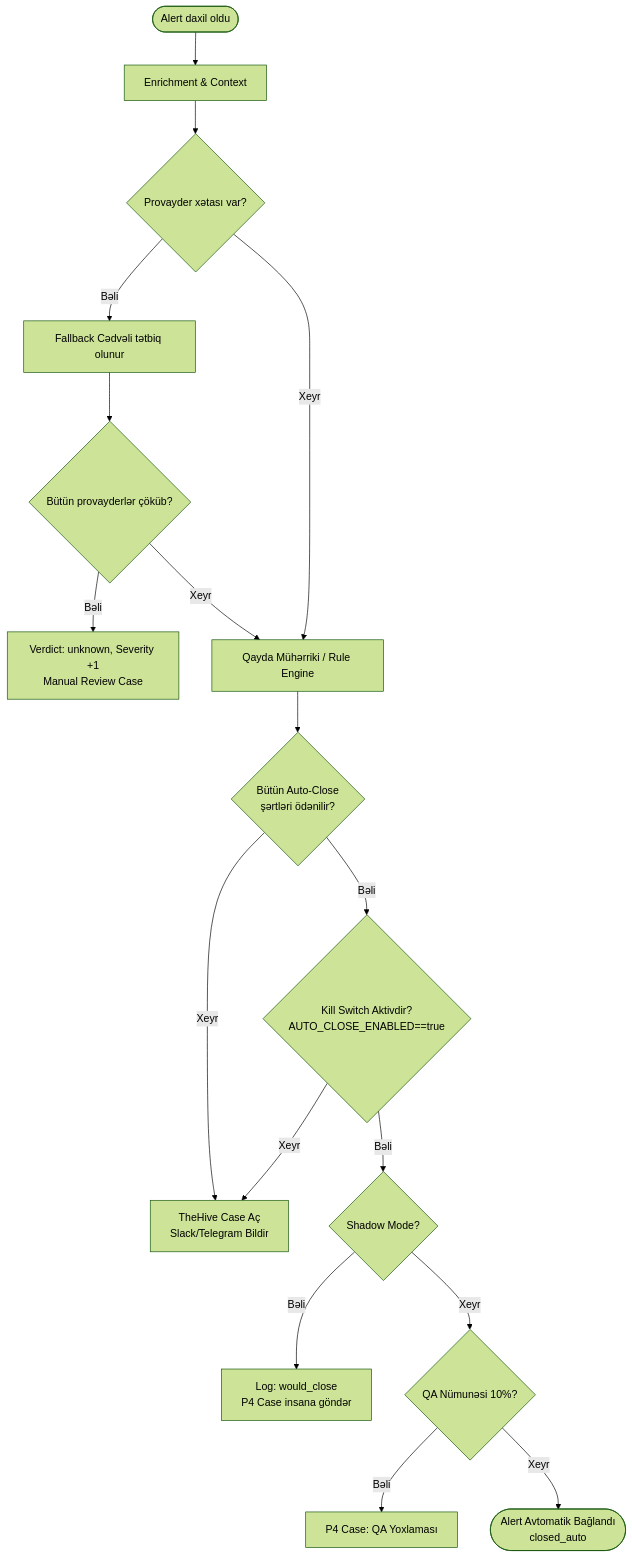
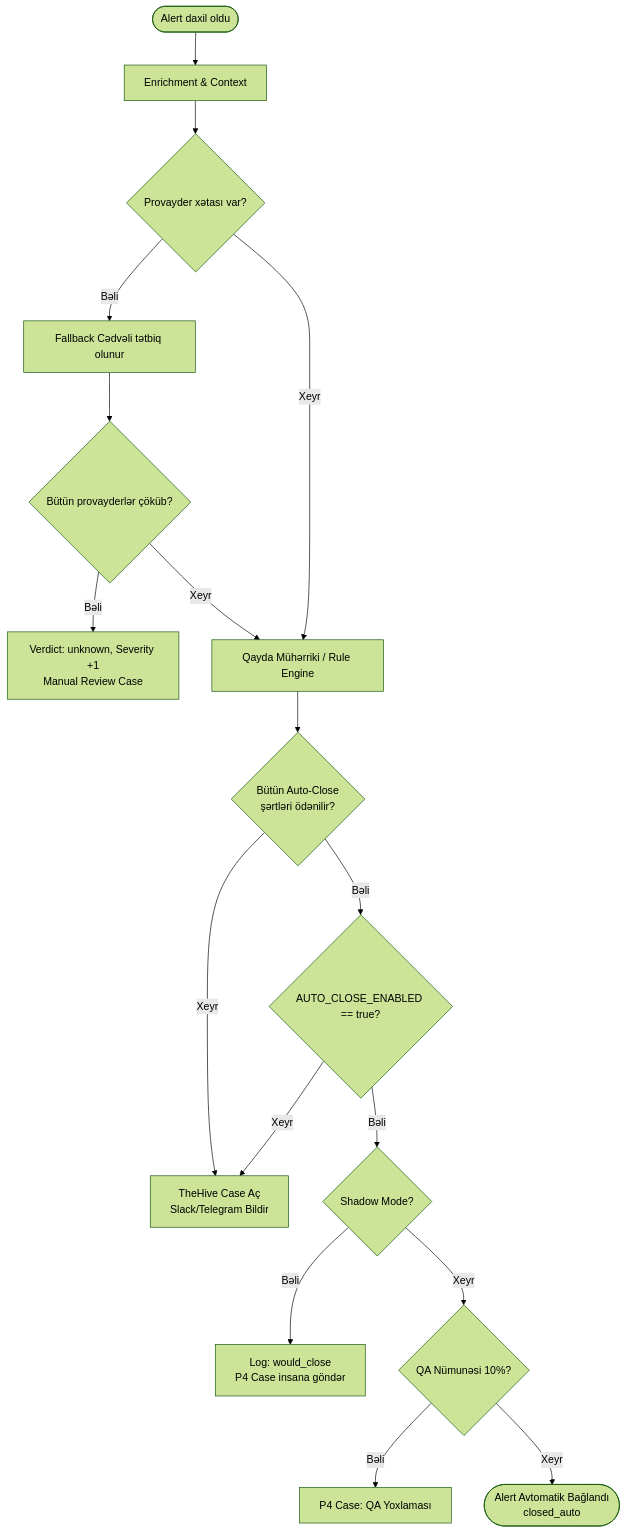
Before and after one commit to Adelya48787/alert2case: the diagram in docs/adr/0002-fn-risk-and-fallback.md, drawn with Mermaid (forest theme).

Commit message:
docs(adr): fix kill switch label in decision tree

````diff
--- a/docs/adr/0002-fn-risk-and-fallback.md
+++ b/docs/adr/0002-fn-risk-and-fallback.md
@@ -63,26 +63,26 @@
 ```mermaid
 flowchart TD
     Start([Alert daxil oldu]) --> Enr[Enrichment & Context]
     Enr --> ChkErr{Provayder xətası var?}
 
     ChkErr -- Bəli --> Fallback[Fallback Cədvəli tətbiq olunur]
     Fallback --> ChkAllDown{Bütün provayderlər çöküb?}
     ChkAllDown -- Bəli --> Escalate[Verdict: unknown, Severity +1\nManual Review Case]
     ChkAllDown -- Xeyr --> RuleEngine
 
     ChkErr -- Xeyr --> RuleEngine[Qayda Mühərriki / Rule Engine]
 
     RuleEngine --> Eval{Bütün Auto-Close\nşərtləri ödənilir?}
 
     Eval -- Xeyr --> OpenCase[TheHive Case Aç\nSlack/Telegram Bildir]
 
-    Eval -- Bəli --> KillSwitch{Kill Switch Aktivdir?\nAUTO_CLOSE_ENABLED==true}
+    Eval -- Bəli --> KillSwitch{AUTO_CLOSE_ENABLED == true?}
     KillSwitch -- Xeyr --> OpenCase
 
     KillSwitch -- Bəli --> Shadow{Shadow Mode?}
     Shadow -- Bəli --> LogShadow[Log: would_close\nP4 Case insana göndər]
 
     Shadow -- Xeyr --> QA{QA Nümunəsi 10%?}
     QA -- Bəli --> QACase[P4 Case: QA Yoxlaması]
     QA -- Xeyr --> AutoClose([Alert Avtomatik Bağlandı\nclosed_auto])
 ```
````
